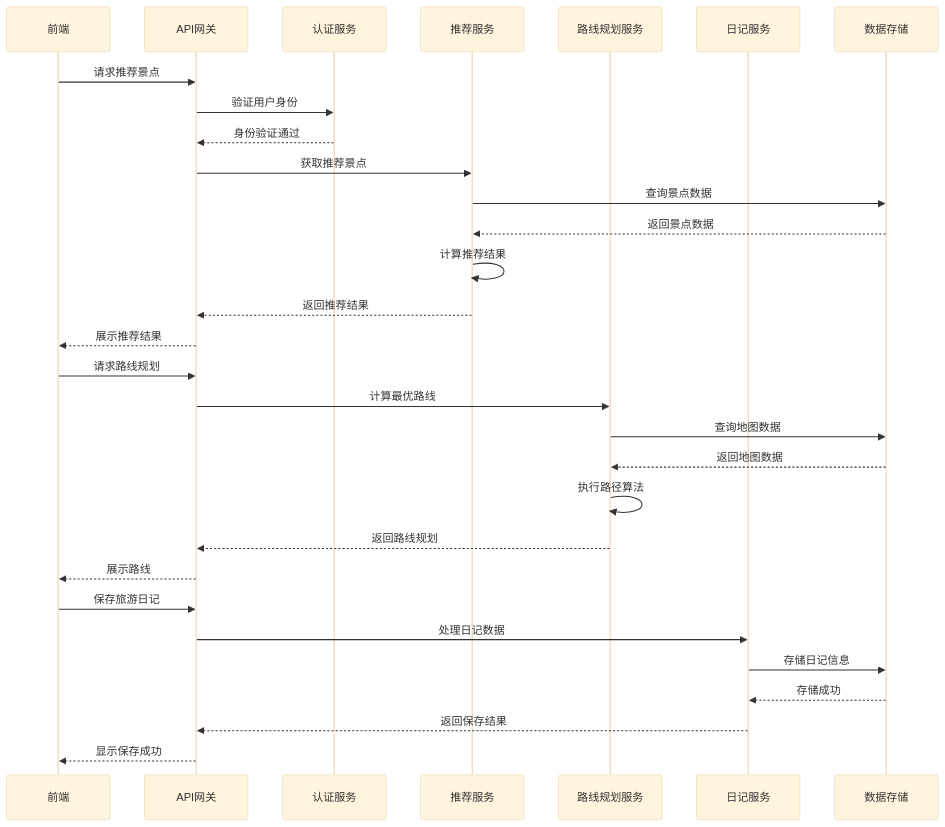
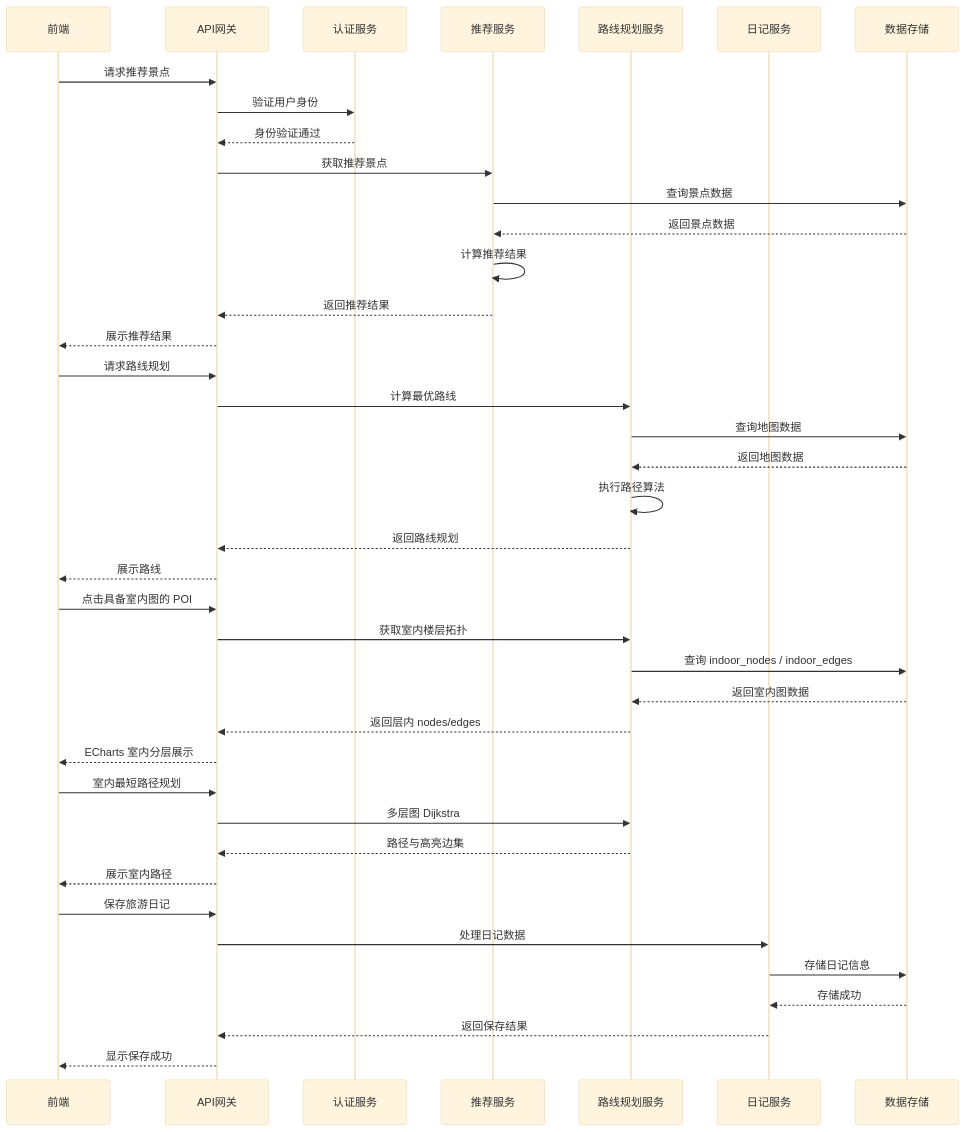
The second of 4 diagrams in docs/Tech/Technical Design Document.md (Max1122Chen/PTRS), drawn with Mermaid (base theme) before and after one commit. The commit also changed other lines of this file and 163 other files, not shown here.

First line of the commit message:
feat(indoor): 室内导航与地图包室内图采集/加载链路

````diff
--- a/docs/Tech/Technical Design Document.md
+++ b/docs/Tech/Technical Design Document.md
@@ -52,35 +56,46 @@
 ```mermaid
 sequenceDiagram
     participant Client as 前端
     participant API as API网关
     participant Auth as 认证服务
     participant Rec as 推荐服务
     participant Route as 路线规划服务
     participant Diary as 日记服务
     participant DB as 数据存储
 
     Client->>API: 请求推荐景点
     API->>Auth: 验证用户身份
     Auth-->>API: 身份验证通过
     API->>Rec: 获取推荐景点
     Rec->>DB: 查询景点数据
     DB-->>Rec: 返回景点数据
     Rec->>Rec: 计算推荐结果
     Rec-->>API: 返回推荐结果
     API-->>Client: 展示推荐结果
 
     Client->>API: 请求路线规划
     API->>Route: 计算最优路线
     Route->>DB: 查询地图数据
     DB-->>Route: 返回地图数据
     Route->>Route: 执行路径算法
     Route-->>API: 返回路线规划
     API-->>Client: 展示路线
 
+    Client->>API: 点击具备室内图的 POI
+    API->>Route: 获取室内楼层拓扑
+    Route->>DB: 查询 indoor_nodes / indoor_edges
+    DB-->>Route: 返回室内图数据
+    Route-->>API: 返回层内 nodes/edges
+    API-->>Client: ECharts 室内分层展示
+    Client->>API: 室内最短路径规划
+    API->>Route: 多层图 Dijkstra
+    Route-->>API: 路径与高亮边集
+    API-->>Client: 展示室内路径
+
     Client->>API: 保存旅游日记
     API->>Diary: 处理日记数据
     Diary->>DB: 存储日记信息
     DB-->>Diary: 存储成功
     Diary-->>API: 返回保存结果
     API-->>Client: 显示保存成功
 ```
````
